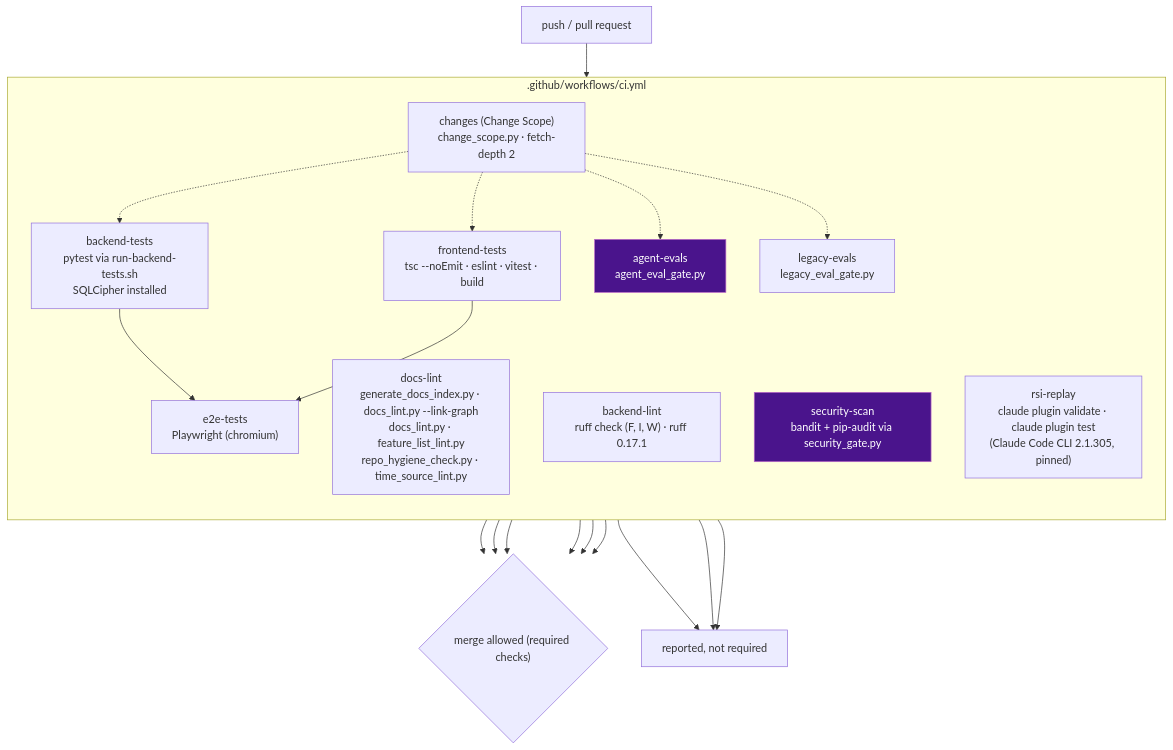
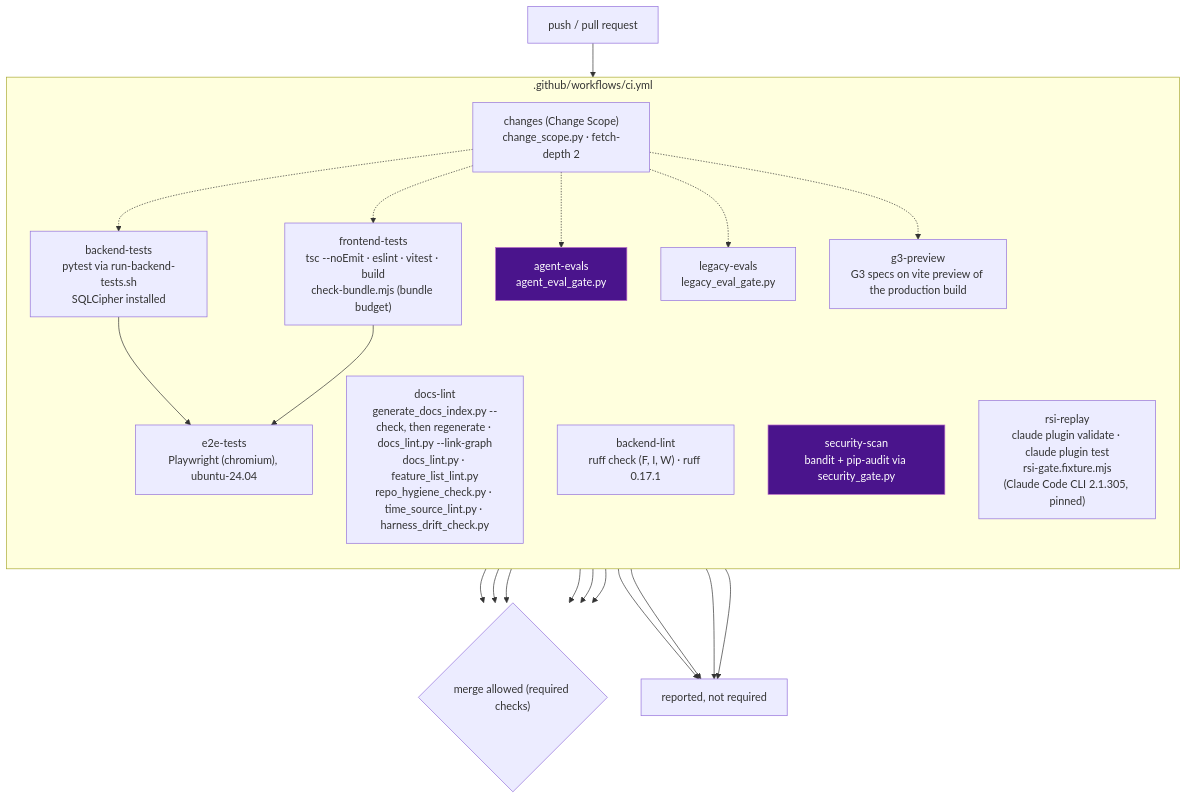
The diagram in docs/architecture/ci-and-quality-gates.md (BrooklynD23/HealthCentral), drawn with Mermaid before and after one commit. The commit also changed other lines of this file and 20 other files, not shown here.

````diff
--- a/docs/architecture/ci-and-quality-gates.md
+++ b/docs/architecture/ci-and-quality-gates.md
@@ -11,39 +11,42 @@
 ```mermaid
 flowchart TD
     PUSH["push / pull request"] --> JOBS
 
     subgraph JOBS[".github/workflows/ci.yml"]
         direction TB
         CHG["changes (Change Scope)<br/>change_scope.py · fetch-depth 2"]
-        DOCS["docs-lint<br/>generate_docs_index.py · docs_lint.py --link-graph<br/>docs_lint.py · feature_list_lint.py<br/>repo_hygiene_check.py · time_source_lint.py"]
+        DOCS["docs-lint<br/>generate_docs_index.py --check, then regenerate · docs_lint.py --link-graph<br/>docs_lint.py · feature_list_lint.py<br/>repo_hygiene_check.py · time_source_lint.py · harness_drift_check.py"]
         BE["backend-tests<br/>pytest via run-backend-tests.sh<br/>SQLCipher installed"]
         LINT["backend-lint<br/>ruff check (F, I, W) · ruff 0.17.1"]
-        FE["frontend-tests<br/>tsc --noEmit · eslint · vitest · build"]
+        FE["frontend-tests<br/>tsc --noEmit · eslint · vitest · build<br/>check-bundle.mjs (bundle budget)"]
         SEC["security-scan<br/>bandit + pip-audit via security_gate.py"]
         EVAL["agent-evals<br/>agent_eval_gate.py"]
         LEGACY["legacy-evals<br/>legacy_eval_gate.py"]
-        E2E["e2e-tests<br/>Playwright (chromium)"]
-        RSI["rsi-replay<br/>claude plugin validate · claude plugin test<br/>(Claude Code CLI 2.1.305, pinned)"]
+        E2E["e2e-tests<br/>Playwright (chromium), ubuntu-24.04"]
+        G3["g3-preview<br/>G3 specs on vite preview of the production build"]
+        RSI["rsi-replay<br/>claude plugin validate · claude plugin test<br/>rsi-gate.fixture.mjs<br/>(Claude Code CLI 2.1.305, pinned)"]
     end
 
     CHG -.-> BE
     CHG -.-> FE
     CHG -.-> EVAL
     CHG -.-> LEGACY
+    CHG -.-> G3
     BE --> E2E
     FE --> E2E
 
     DOCS --> MERGE{"merge allowed (required checks)"}
     BE --> MERGE
     FE --> MERGE
     SEC --> MERGE
     EVAL --> MERGE
     RSI --> MERGE
 
     LINT --> REPORTED["reported, not required"]
     LEGACY --> REPORTED
     E2E --> REPORTED
+    G3 --> REPORTED
 
     style EVAL fill:#4a148c,stroke:#ba68c8,color:#fff
     style SEC fill:#4a148c,stroke:#ba68c8,color:#fff
 ```
````
